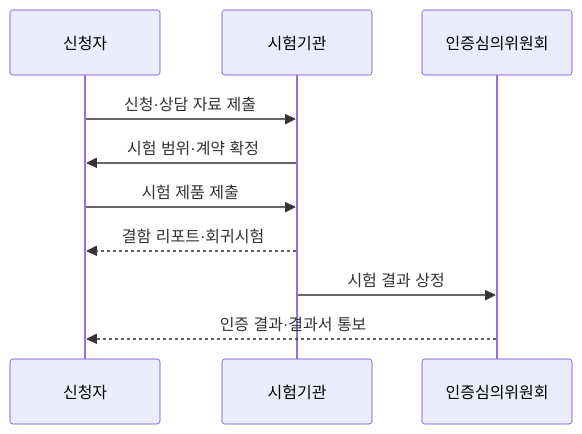
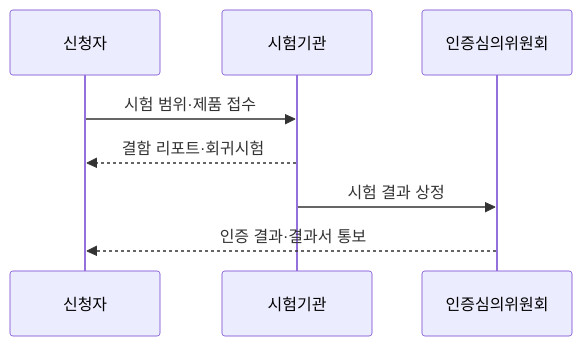
The diagram in src/content/docs/notes/06-evaluation/031_tta_sw_quality_test.md (agnusdei1207/knowledge-base), drawn with Mermaid before and after one commit. The commit also changed other lines of this file and 11 other files, not shown here.

````diff
--- a/src/content/docs/notes/06-evaluation/031_tta_sw_quality_test.md
+++ b/src/content/docs/notes/06-evaluation/031_tta_sw_quality_test.md
@@ -83,12 +75,10 @@
 ```mermaid
 sequenceDiagram
     participant A as 신청자
     participant T as 시험기관
     participant C as 인증심의위원회
-    A->>T: 신청·상담 자료 제출
-    T->>A: 시험 범위·계약 확정
-    A->>T: 시험 제품 제출
+    A->>T: 시험 범위·제품 접수
     T-->>A: 결함 리포트·회귀시험
     T->>C: 시험 결과 상정
     C-->>A: 인증 결과·결과서 통보
 ```
````
